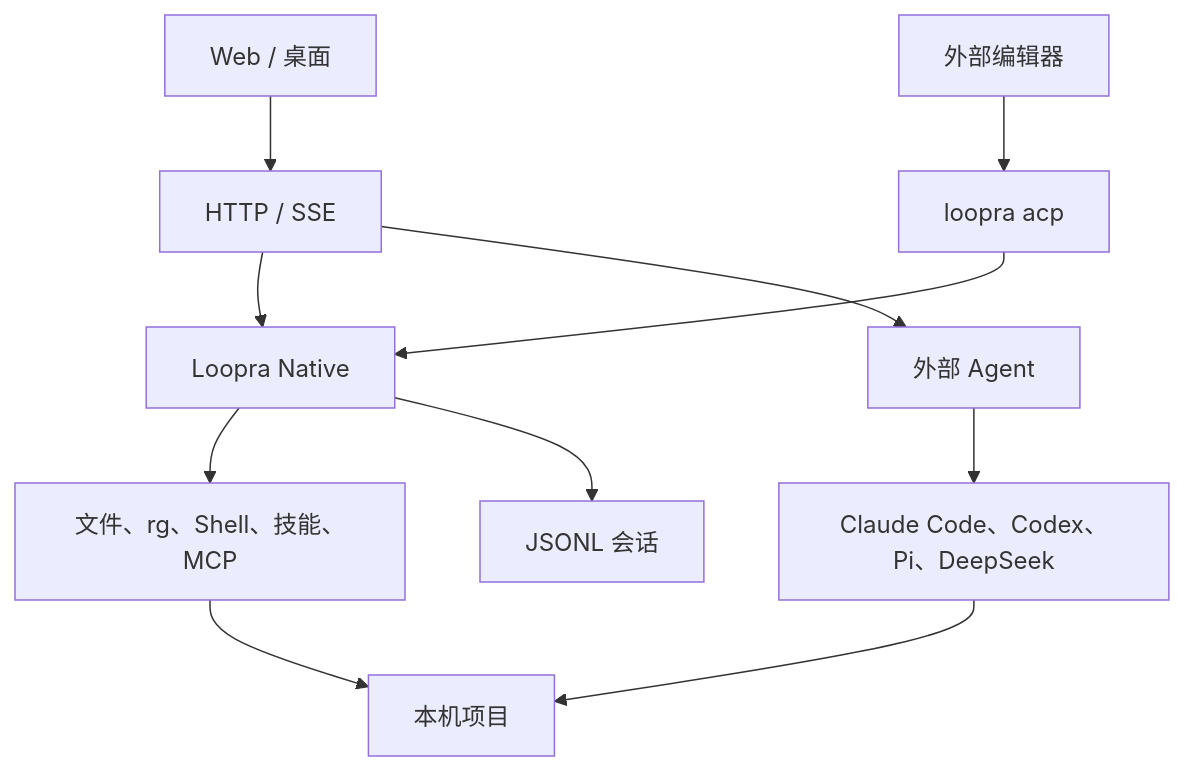
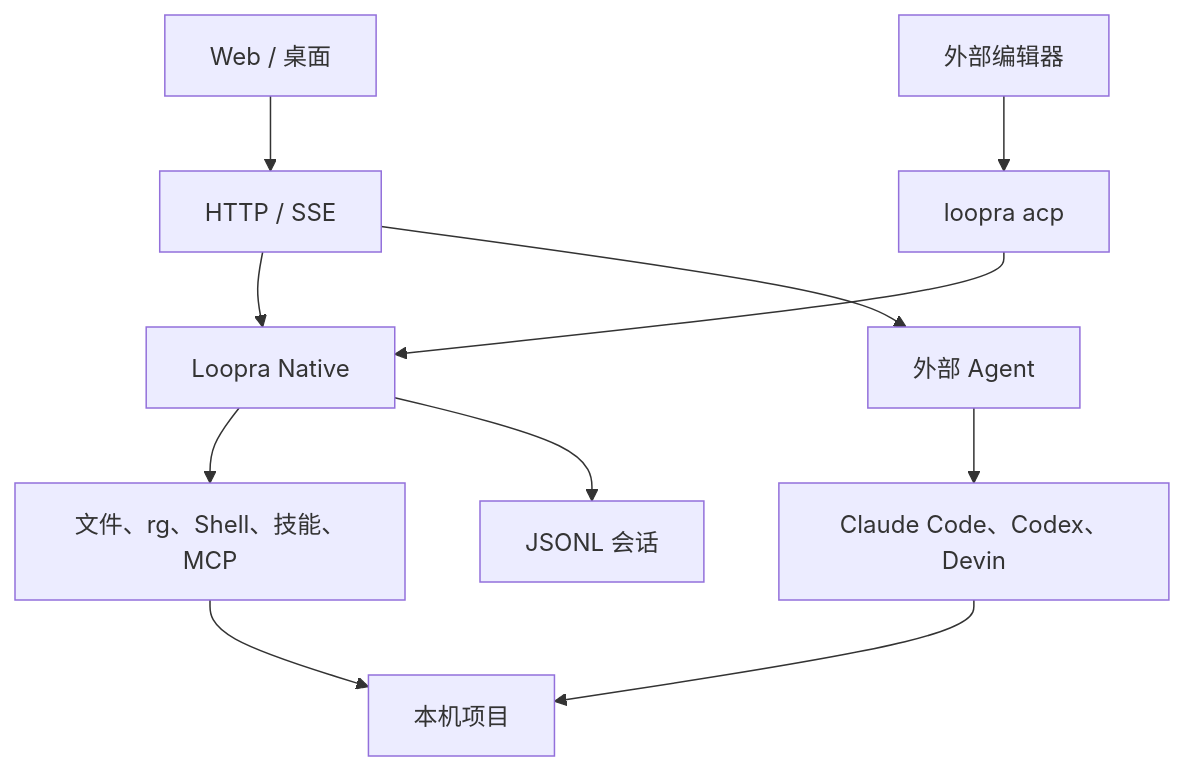
One commit to ezdemo/loopra changed the diagram in README.md. Above: the diagram before and after it, drawn with Mermaid. The commit also changed other lines of this file and 17 other files, not shown here.

````diff
--- a/README.md
+++ b/README.md
@@ -249,13 +249,13 @@
 ```mermaid
 flowchart TB
   UI["Web / 桌面"] --> API["HTTP / SSE"]
   Editor[外部编辑器] --> ACPsrv["loopra acp"]
   API --> Native[Loopra Native]
   API --> Ext[外部 Agent]
   ACPsrv --> Native
   Native --> Tools["文件、rg、Shell、技能、MCP"]
-  Ext --> Adapters["Claude Code、Codex、Pi、DeepSeek"]
+  Ext --> Adapters["Claude Code、Codex、Devin"]
   Native --> Home["JSONL 会话"]
   Tools --> Repo[本机项目]
   Adapters --> Repo
 ```
````
